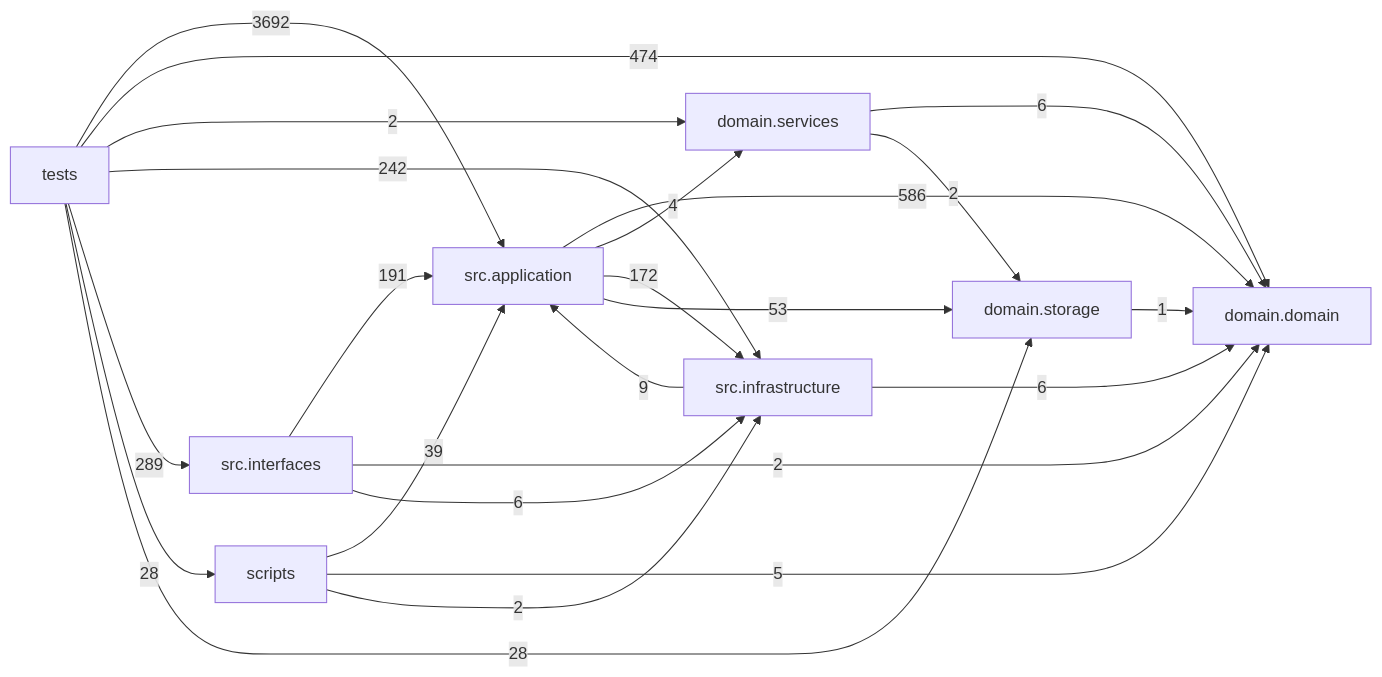
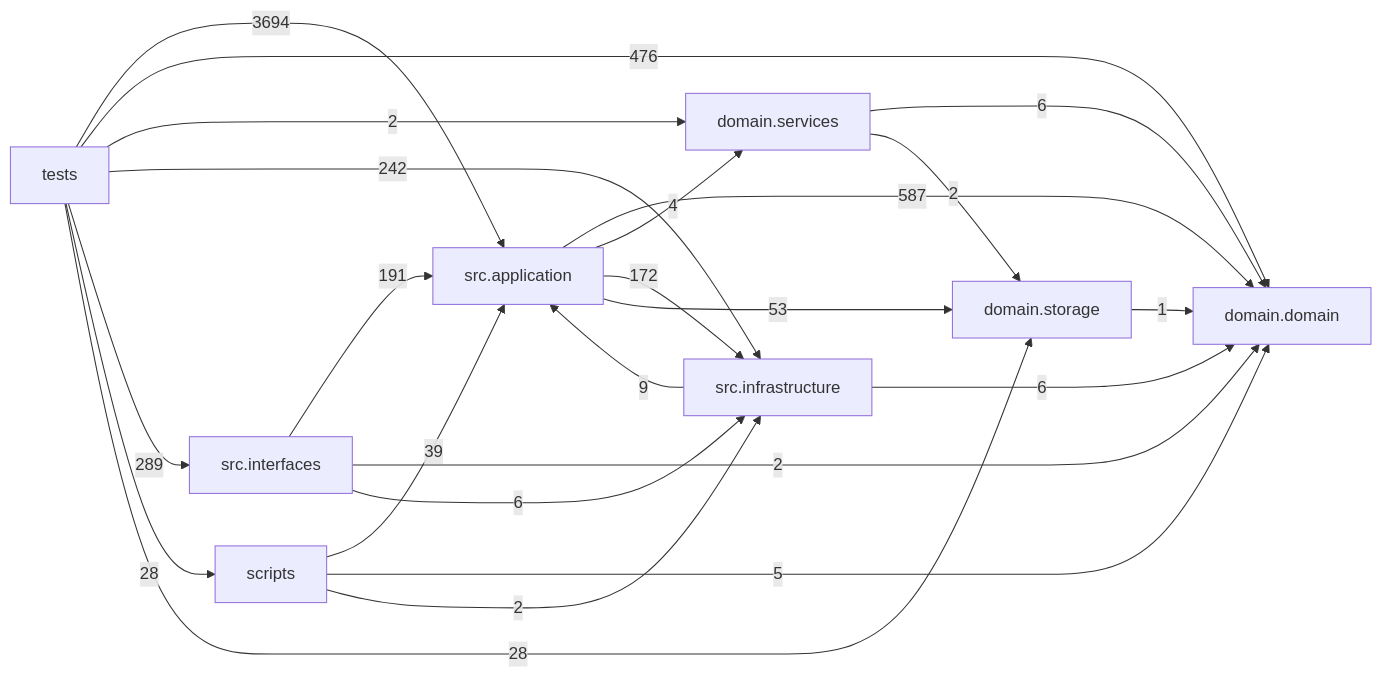
Before and after one commit to liuxie066/options-monitor: the diagram in docs/DEPENDENCY_GRAPH.md, drawn with Mermaid. The commit also changed other lines of this file and 12 other files, not shown here.

````diff
--- a/docs/DEPENDENCY_GRAPH.md
+++ b/docs/DEPENDENCY_GRAPH.md
@@ -24,33 +24,33 @@
 ```mermaid
 flowchart LR
   tests["tests"]
   scripts["scripts"]
   interfaces["src.interfaces"]
   application["src.application"]
   infrastructure["src.infrastructure"]
   domain_services["domain.services"]
   domain["domain.domain"]
   storage["domain.storage"]
-  application -->|586| domain
+  application -->|587| domain
   application -->|4| domain_services
   application -->|172| infrastructure
   application -->|53| storage
   domain_services -->|6| domain
   domain_services -->|2| storage
   infrastructure -->|9| application
   infrastructure -->|6| domain
   interfaces -->|191| application
   interfaces -->|2| domain
   interfaces -->|6| infrastructure
   scripts -->|39| application
   scripts -->|5| domain
   scripts -->|2| infrastructure
   storage -->|1| domain
-  tests -->|3692| application
-  tests -->|474| domain
+  tests -->|3694| application
+  tests -->|476| domain
   tests -->|2| domain_services
   tests -->|242| infrastructure
   tests -->|289| interfaces
   tests -->|28| scripts
   tests -->|28| storage
 ```
````
